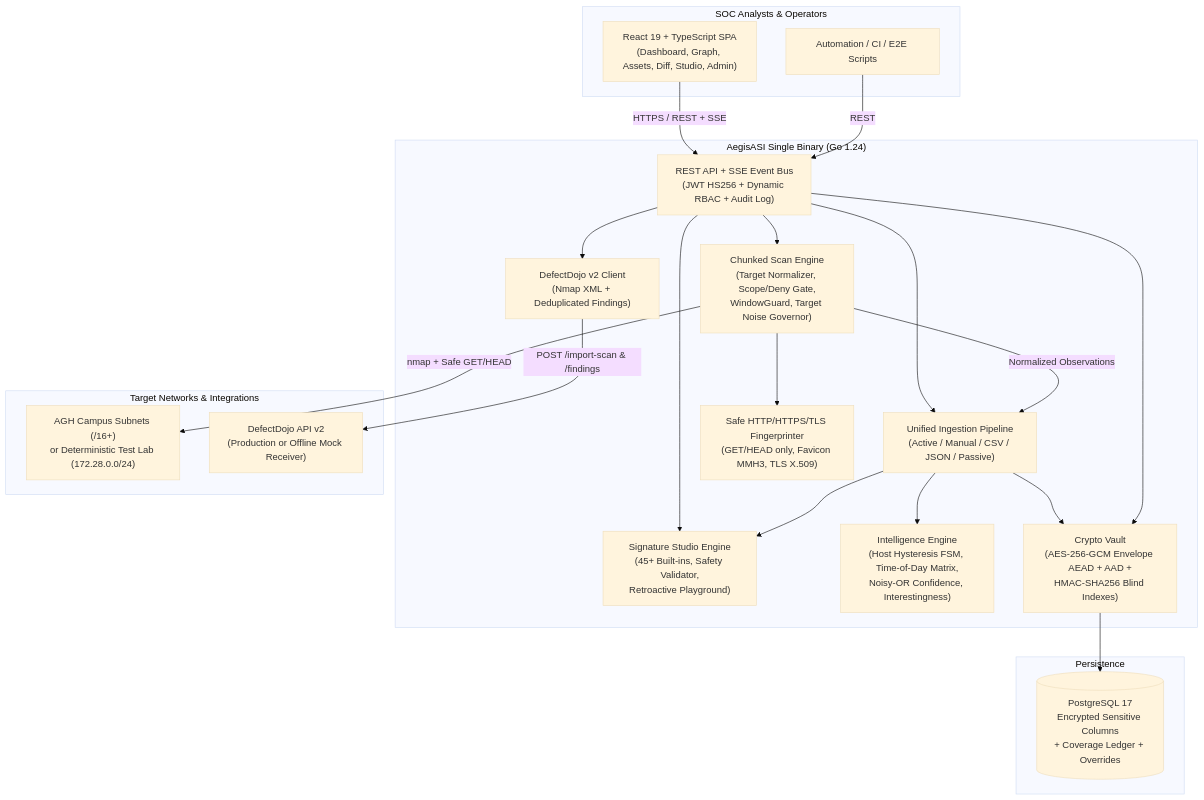
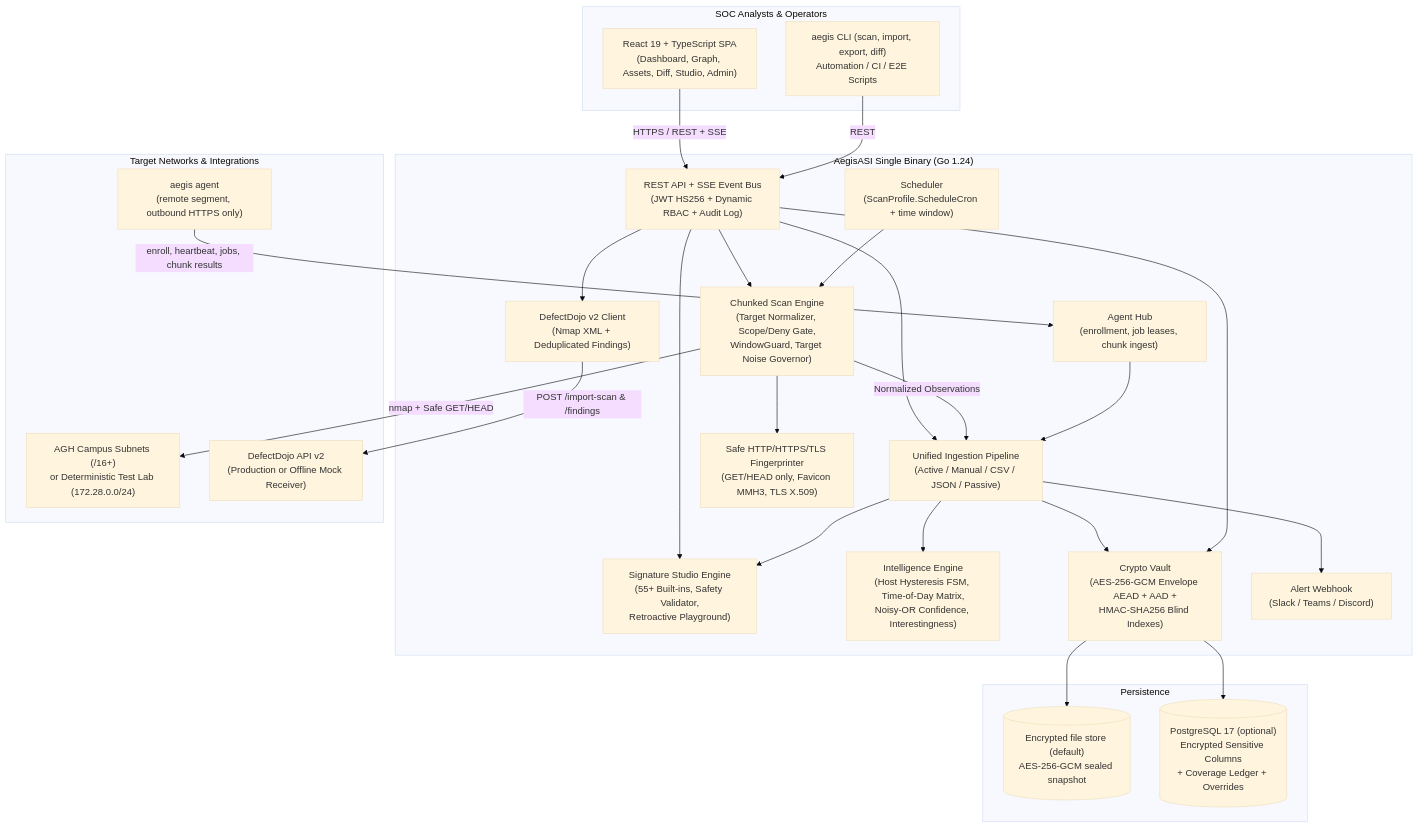
One commit to Rei-x/agh-attack-surface-intelligence changed the first of 4 diagrams in docs/ARCHITECTURE.md. Above: the diagram before and after it, drawn with Mermaid (base theme). The commit also changed other lines of this file and 2 other files, not shown here.

First line of the commit message:
docs: README technical overview (architecture, package map, doc links); align ARCHITECTURE.md with the code

````diff
--- a/docs/ARCHITECTURE.md
+++ b/docs/ARCHITECTURE.md
@@ -11,43 +11,53 @@
 ```mermaid
 flowchart TB
     subgraph Client["SOC Analysts & Operators"]
         UI["React 19 + TypeScript SPA<br/>(Dashboard, Graph, Assets, Diff, Studio, Admin)"]
-        CLI["Automation / CI / E2E Scripts"]
+        CLI["aegis CLI (scan, import, export, diff)<br/>Automation / CI / E2E Scripts"]
     end
 
     subgraph App["AegisASI Single Binary (Go 1.24)"]
         API["REST API + SSE Event Bus<br/>(JWT HS256 + Dynamic RBAC + Audit Log)"]
         ING["Unified Ingestion Pipeline<br/>(Active / Manual / CSV / JSON / Passive)"]
         ENG["Chunked Scan Engine<br/>(Target Normalizer, Scope/Deny Gate,<br/>WindowGuard, Target Noise Governor)"]
         FP["Safe HTTP/HTTPS/TLS Fingerprinter<br/>(GET/HEAD only, Favicon MMH3, TLS X.509)"]
-        SIG["Signature Studio Engine<br/>(45+ Built-ins, Safety Validator,<br/>Retroactive Playground)"]
+        SIG["Signature Studio Engine<br/>(55+ Built-ins, Safety Validator,<br/>Retroactive Playground)"]
         INT["Intelligence Engine<br/>(Host Hysteresis FSM, Time-of-Day Matrix,<br/>Noisy-OR Confidence, Interestingness)"]
         VAULT["Crypto Vault<br/>(AES-256-GCM Envelope AEAD + AAD +<br/>HMAC-SHA256 Blind Indexes)"]
         DD["DefectDojo v2 Client<br/>(Nmap XML + Deduplicated Findings)"]
+        SCH["Scheduler<br/>(ScanProfile.ScheduleCron + time window)"]
+        HUB["Agent Hub<br/>(enrollment, job leases, chunk ingest)"]
+        NTF["Alert Webhook<br/>(Slack / Teams / Discord)"]
     end
 
     subgraph Storage["Persistence"]
-        PG[("PostgreSQL 17<br/>Encrypted Sensitive Columns<br/>+ Coverage Ledger + Overrides")]
+        FS[("Encrypted file store (default)<br/>AES-256-GCM sealed snapshot")]
+        PG[("PostgreSQL 17 (optional)<br/>Encrypted Sensitive Columns<br/>+ Coverage Ledger + Overrides")]
     end
 
     subgraph External["Target Networks & Integrations"]
         NET["AGH Campus Subnets (/16+)<br/>or Deterministic Test Lab (172.28.0.0/24)"]
         DD_SRV["DefectDojo API v2<br/>(Production or Offline Mock Receiver)"]
+        AGENT["aegis agent<br/>(remote segment, outbound HTTPS only)"]
     end
 
     UI -->|HTTPS / REST + SSE| API
     CLI -->|REST| API
     API --> ING
     API --> ENG
     API --> SIG
     API --> DD
     ENG --> FP
     ENG -->|Normalized Observations| ING
     ING --> SIG
     ING --> INT
     ING --> VAULT
+    VAULT --> FS
     VAULT --> PG
+    SCH --> ENG
+    ING --> NTF
+    AGENT -->|enroll, heartbeat, jobs, chunk results| HUB
+    HUB --> ING
     API --> VAULT
     ENG -->|nmap + Safe GET/HEAD| NET
     DD -->|POST /import-scan & /findings| DD_SRV
 ```
````
